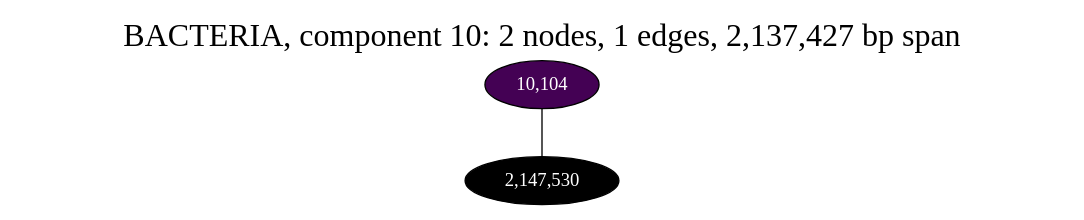
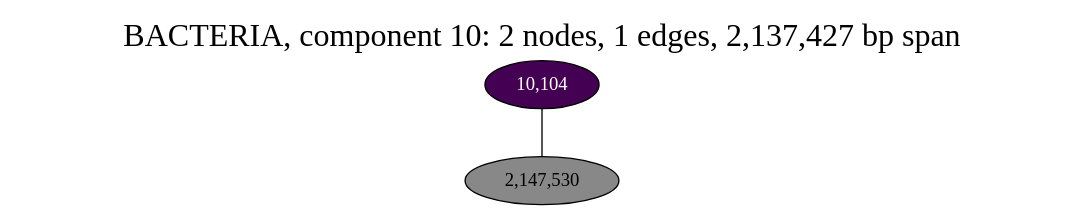
The diagram in notebooks/graphs/BACTERIA_cc10.gv (fedarko/sheepgut), drawn with Graphviz before and after one commit. The commit also changed 74 other files, not shown here.

```diff
--- a/notebooks/graphs/BACTERIA_cc10.gv
+++ b/notebooks/graphs/BACTERIA_cc10.gv
@@ -1,10 +1,11 @@
 graph BACTERIA_cc10 {
 	overlap="prism50";
 	outputorder="edgesfirst";
+	node [style="filled"];
 	label="BACTERIA, component 10: 2 nodes, 1 edges, 2,137,427 bp span";
 	labelloc="t";
 	fontsize=24;
-	"10,104" [style="filled", fillcolor="#440154", fontcolor="#ffffff"];
-	"2,147,530" [style="filled", fillcolor="#000000", fontcolor="#ffffff"];
+	"10,104" [fillcolor="#440154", fontcolor="#ffffff"];
+	"2,147,530" [fillcolor="#888888", fontcolor="#000000"];
 	"10,104" -- "2,147,530";
 }
```
